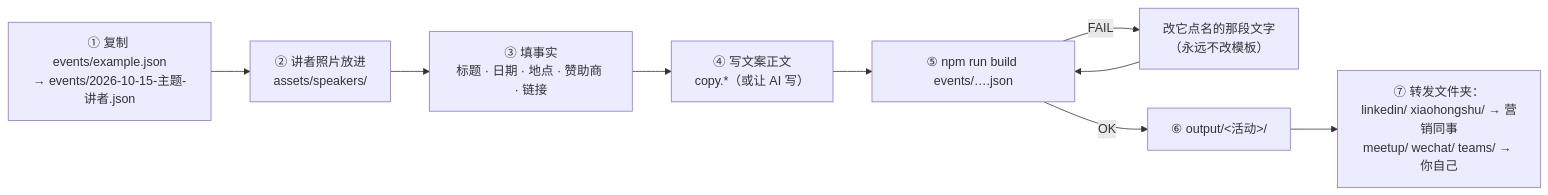
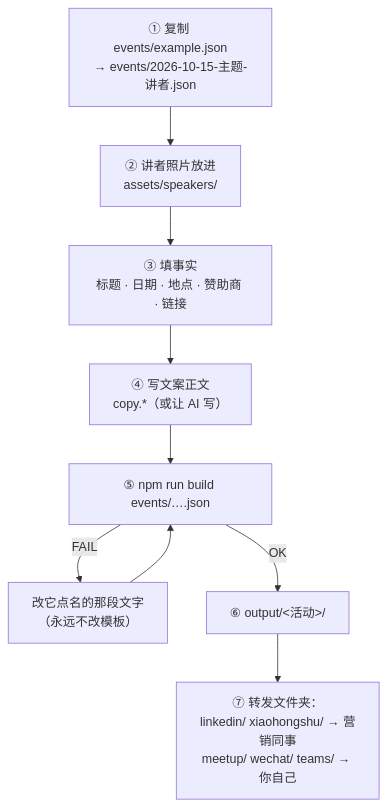
One commit to GabrielPower1969/citanz-meetup-generator changed the first of 2 diagrams in README.zh-CN.md. Above: the diagram before and after it, drawn with Mermaid. The commit also changed 1 other file, not shown here.

Commit message:
README: 7-step flow top-to-bottom for legibility

````diff
--- a/README.zh-CN.md
+++ b/README.zh-CN.md
@@ -59,10 +59,10 @@
 ```mermaid
-flowchart LR
+flowchart TD
   a["① 复制 events/example.json<br/>→ events/2026-10-15-主题-讲者.json"] --> b["② 讲者照片放进<br/>assets/speakers/"]
   b --> c["③ 填事实<br/>标题 · 日期 · 地点 · 赞助商 · 链接"]
   c --> d["④ 写文案正文<br/>copy.*（或让 AI 写）"]
   d --> e["⑤ npm run build events/….json"]
   e -->|FAIL| f["改它点名的那段文字<br/>（永远不改模板）"] --> e
   e -->|OK| g["⑥ output/&lt;活动&gt;/"]
   g --> h["⑦ 转发文件夹：<br/>linkedin/ xiaohongshu/ → 营销同事<br/>meetup/ wechat/ teams/ → 你自己"]
 ```
````
